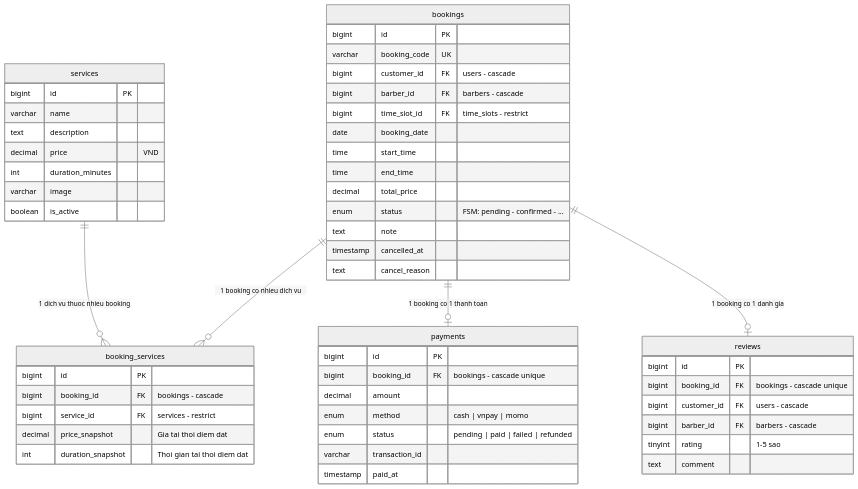
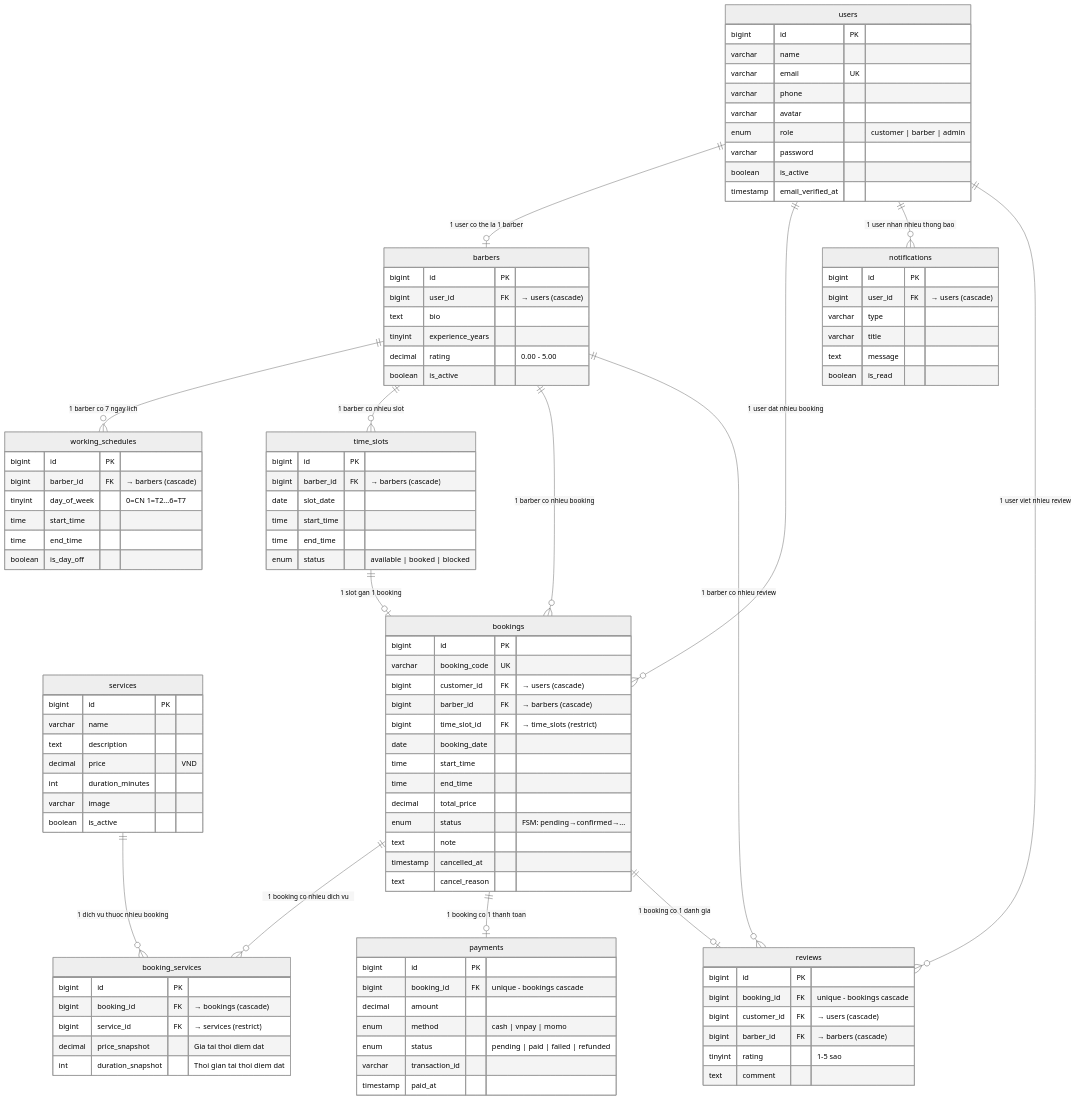
Before and after one commit to ahryxx0602/barber-shop-booking: the diagram in docs/handbook.md, drawn with Mermaid (neutral theme).

Commit message:
docs: fix project handbook.

````diff
--- a/docs/handbook.md
+++ b/docs/handbook.md
@@ -1759,19 +1682,24 @@
 ```mermaid
 erDiagram
-    bookings {
+    users {
         bigint id PK
-        varchar booking_code UK
-        bigint customer_id FK "users - cascade"
-        bigint barber_id FK "barbers - cascade"
-        bigint time_slot_id FK "time_slots - restrict"
-        date booking_date
-        time start_time
-        time end_time
-        decimal total_price
-        enum status "FSM: pending - confirmed - ..."
-        text note
-        timestamp cancelled_at
-        text cancel_reason
+        varchar name
+        varchar email UK
+        varchar phone
+        varchar avatar
+        enum role "customer | barber | admin"
+        varchar password
+        boolean is_active
+        timestamp email_verified_at
+    }
+
+    barbers {
+        bigint id PK
+        bigint user_id FK "→ users (cascade)"
+        text bio
+        tinyint experience_years
+        decimal rating "0.00 - 5.00"
+        boolean is_active
     }
 
     services {
@@ -1784,17 +1712,51 @@
         boolean is_active
     }
 
+    working_schedules {
+        bigint id PK
+        bigint barber_id FK "→ barbers (cascade)"
+        tinyint day_of_week "0=CN 1=T2...6=T7"
+        time start_time
+        time end_time
+        boolean is_day_off
+    }
+
+    time_slots {
+        bigint id PK
+        bigint barber_id FK "→ barbers (cascade)"
+        date slot_date
+        time start_time
+        time end_time
+        enum status "available | booked | blocked"
+    }
+
+    bookings {
+        bigint id PK
+        varchar booking_code UK
+        bigint customer_id FK "→ users (cascade)"
+        bigint barber_id FK "→ barbers (cascade)"
+        bigint time_slot_id FK "→ time_slots (restrict)"
+        date booking_date
+        time start_time
+        time end_time
+        decimal total_price
+        enum status "FSM: pending→confirmed→..."
+        text note
+        timestamp cancelled_at
+        text cancel_reason
+    }
+
     booking_services {
         bigint id PK
-        bigint booking_id FK "bookings - cascade"
-        bigint service_id FK "services - restrict"
+        bigint booking_id FK "→ bookings (cascade)"
+        bigint service_id FK "→ services (restrict)"
         decimal price_snapshot "Gia tai thoi diem dat"
         int duration_snapshot "Thoi gian tai thoi diem dat"
     }
 
     payments {
         bigint id PK
-        bigint booking_id FK "bookings - cascade unique"
+        bigint booking_id FK "unique - bookings cascade"
         decimal amount
         enum method "cash | vnpay | momo"
         enum status "pending | paid | failed | refunded"
@@ -1804,15 +1766,37 @@
 
     reviews {
         bigint id PK
-        bigint booking_id FK "bookings - cascade unique"
-        bigint customer_id FK "users - cascade"
-        bigint barber_id FK "barbers - cascade"
+        bigint booking_id FK "unique - bookings cascade"
+        bigint customer_id FK "→ users (cascade)"
+        bigint barber_id FK "→ barbers (cascade)"
         tinyint rating "1-5 sao"
         text comment
     }
 
+    notifications {
+        bigint id PK
+        bigint user_id FK "→ users (cascade)"
+        varchar type
+        varchar title
+        text message
+        boolean is_read
+    }
+
+    users ||--o| barbers : "1 user co the la 1 barber"
+    users ||--o{ bookings : "1 user dat nhieu booking"
+    users ||--o{ notifications : "1 user nhan nhieu thong bao"
+    users ||--o{ reviews : "1 user viet nhieu review"
+
+    barbers ||--o{ working_schedules : "1 barber co 7 ngay lich"
+    barbers ||--o{ time_slots : "1 barber co nhieu slot"
+    barbers ||--o{ bookings : "1 barber co nhieu booking"
+    barbers ||--o{ reviews : "1 barber co nhieu review"
+
+    time_slots ||--o| bookings : "1 slot gan 1 booking"
+
     bookings ||--o{ booking_services : "1 booking co nhieu dich vu"
     services ||--o{ booking_services : "1 dich vu thuoc nhieu booking"
+
     bookings ||--o| payments : "1 booking co 1 thanh toan"
     bookings ||--o| reviews : "1 booking co 1 danh gia"
 ```
````
